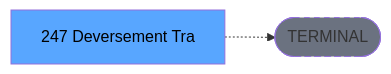
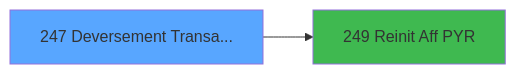
One commit to thonyAGP/magic-migration changed the third of 3 diagrams in .openspec/specs/ADH-IDE-247.md. Above: the diagram before and after it, drawn with Mermaid. The commit also changed other lines of this file and 20 other files, not shown here.

````diff
--- a/.openspec/specs/ADH-IDE-247.md
+++ b/.openspec/specs/ADH-IDE-247.md
@@ -163,8 +1003,8 @@
 ```mermaid
 graph LR
-    T[247 Deversement Tra]
-    TERM([TERMINAL])
-    T -.-> TERM
-    style TERM fill:#6b7280,stroke-dasharray: 5 5
-    style T fill:#58a6ff,color:#000
+    T247[247 Deversement Transa...]
+    style T247 fill:#58a6ff
+    C249[249 Reinit Aff PYR]
+    T247 --> C249
+    style C249 fill:#3fb950
 ```
````
